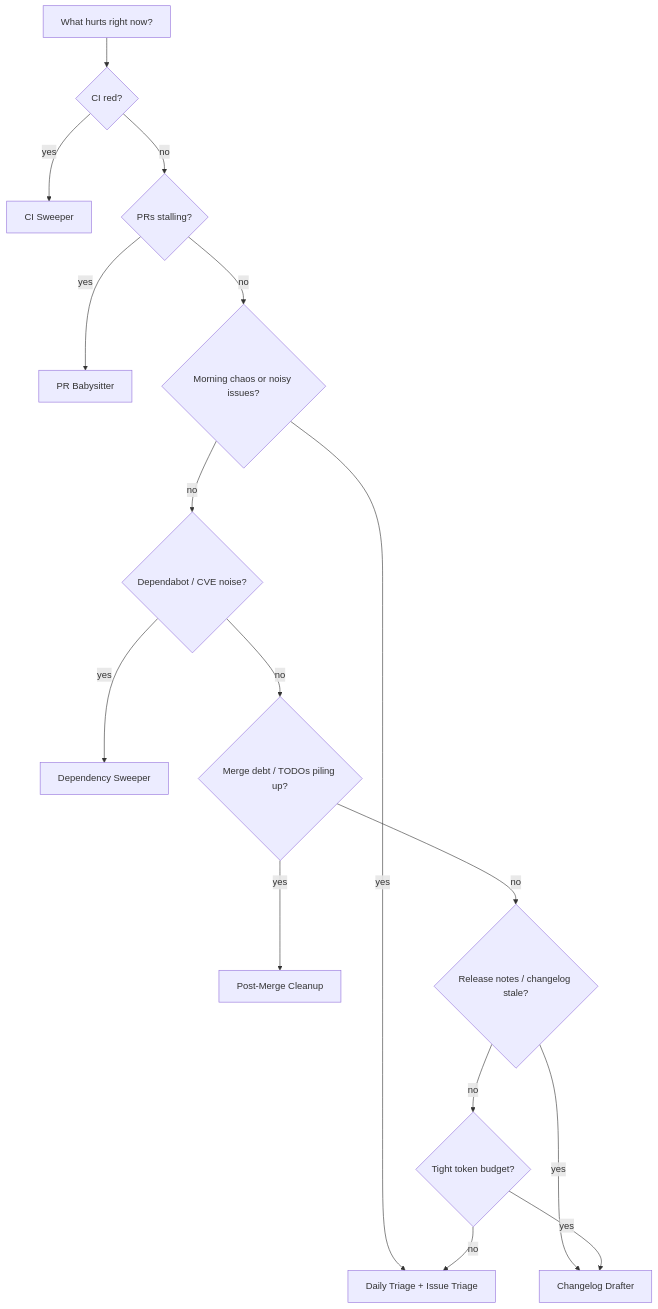
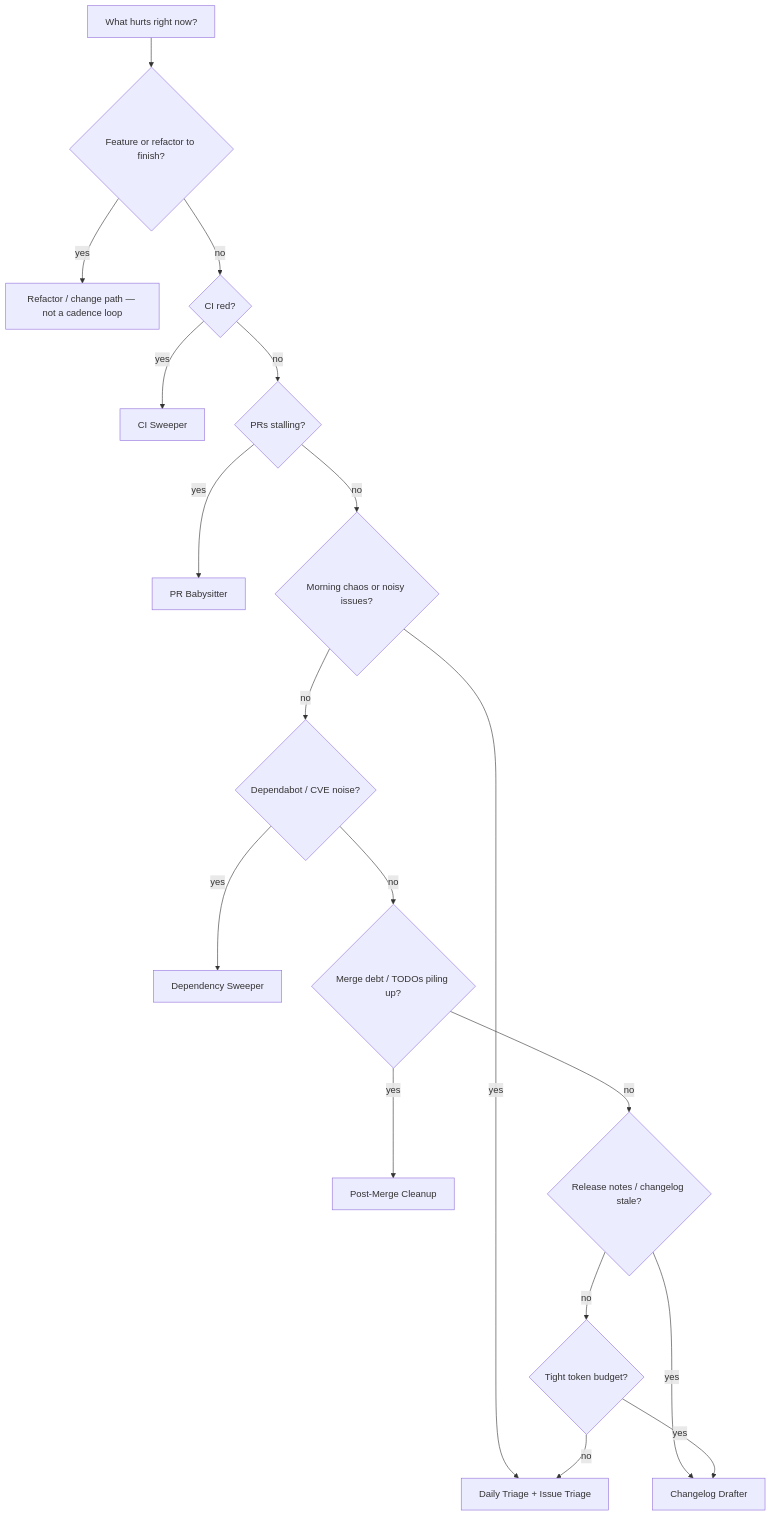
One commit to cobusgreyling/loop-engineering changed the diagram in docs/pattern-picker.md. Above: the diagram before and after it, drawn with Mermaid. The commit also changed other lines of this file and 15 other files, not shown here.

````diff
--- a/docs/pattern-picker.md
+++ b/docs/pattern-picker.md
@@ -5,18 +5,20 @@
 ```mermaid
 flowchart TD
-    A[What hurts right now?] --> B{CI red?}
+    A[What hurts right now?] --> R{Feature or refactor to finish?}
+    R -->|yes| S[Refactor / change path — not a cadence loop]
+    R -->|no| B{CI red?}
     B -->|yes| C[CI Sweeper]
     B -->|no| D{PRs stalling?}
     D -->|yes| E[PR Babysitter]
     D -->|no| F{Morning chaos or noisy issues?}
     F -->|yes| G[Daily Triage + Issue Triage]
     F -->|no| H{Dependabot / CVE noise?}
     H -->|yes| I[Dependency Sweeper]
     H -->|no| J{Merge debt / TODOs piling up?}
     J -->|yes| K[Post-Merge Cleanup]
     J -->|no| L{Release notes / changelog stale?}
     L -->|yes| M[Changelog Drafter]
     L -->|no| N{Tight token budget?}
     N -->|yes| M
     N -->|no| G
 ```
````
